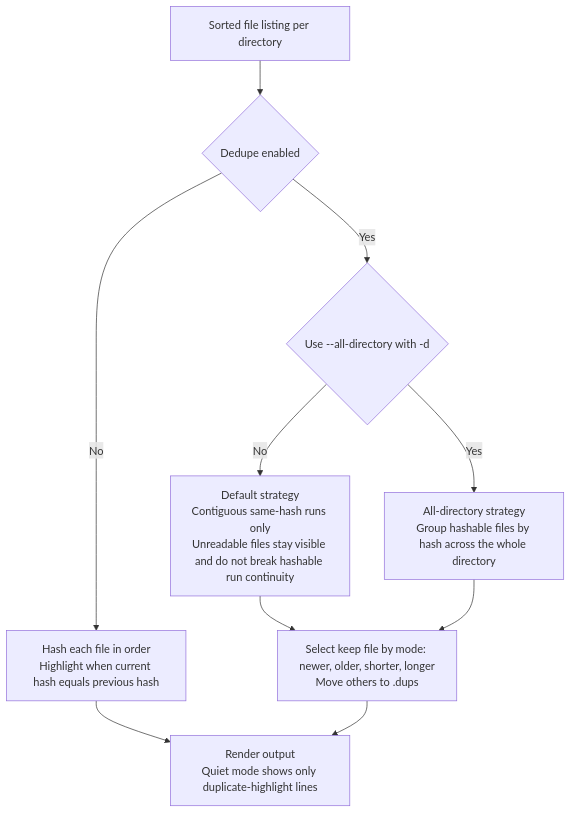
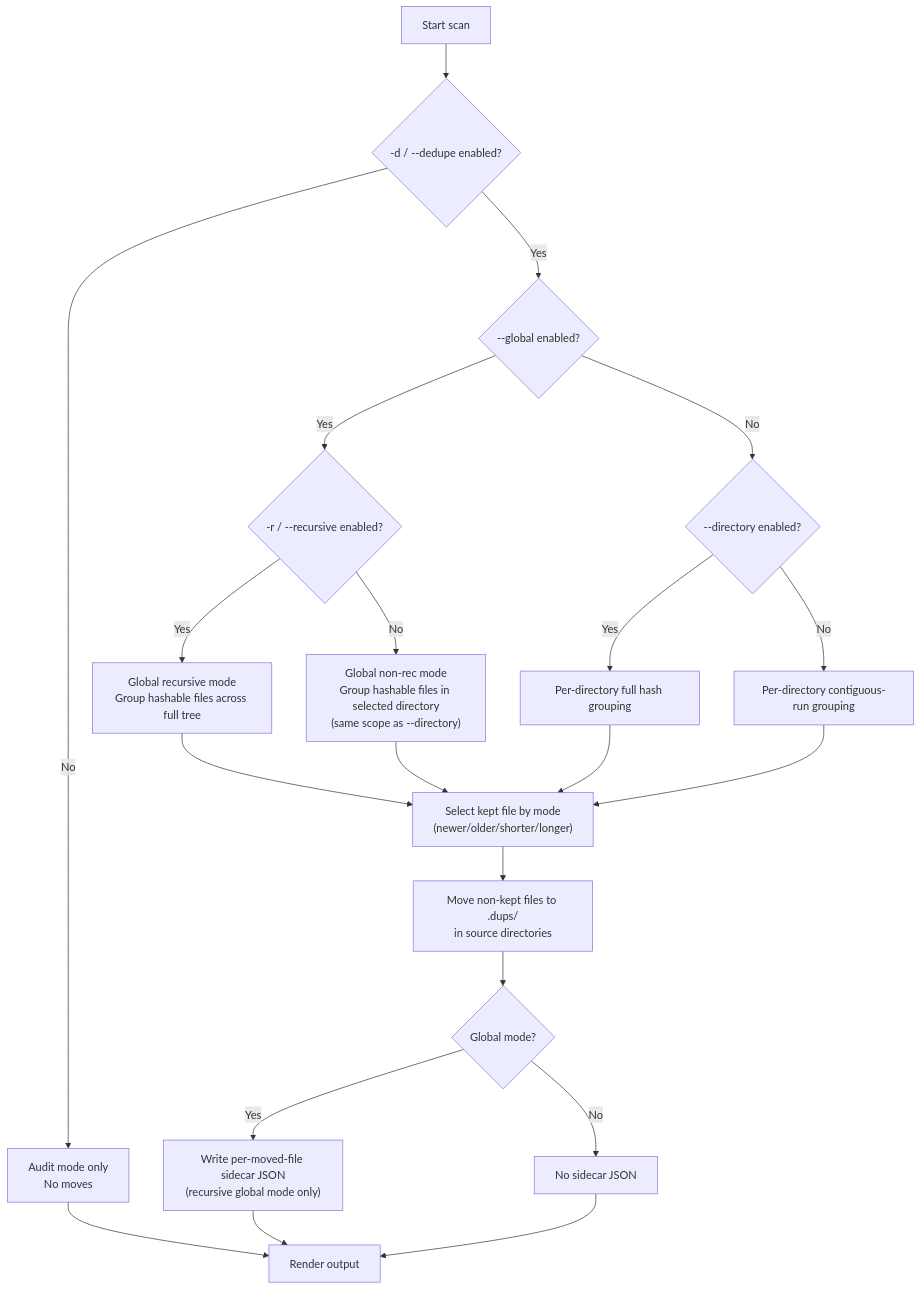
Before and after one commit to ngpepin/lshash: the first of 2 diagrams in README.md, drawn with Mermaid. The commit also changed other lines of this file and 3 other files, not shown here.

First line of the commit message:
feat: add global deduplication option for cross-directory file deduplication

````diff
--- a/README.md
+++ b/README.md
@@ -277,12 +332,23 @@
 ```mermaid
 flowchart TD
-  A["Sorted file listing per directory"] --> B{"Dedupe enabled"}
-  B -- No --> C["Hash each file in order<br/>Highlight when current hash equals previous hash"]
-  B -- Yes --> D{"Use --all-directory with -d"}
-  D -- No --> E["Default strategy<br/>Contiguous same-hash runs only<br/>Unreadable files stay visible and do not break hashable run continuity"]
-  D -- Yes --> F["All-directory strategy<br/>Group hashable files by hash across the whole directory"]
-  E --> G["Select keep file by mode: newer, older, shorter, longer<br/>Move others to .dups"]
-  F --> G
-  C --> H["Render output<br/>Quiet mode shows only duplicate-highlight lines"]
-  G --> H
+  A["Start scan"] --> B{"-d / --dedupe enabled?"}
+  B -- No --> C["Audit mode only<br/>No moves"]
+  B -- Yes --> D{"--global enabled?"}
+  D -- Yes --> E{"-r / --recursive enabled?"}
+  E -- Yes --> F["Global recursive mode<br/>Group hashable files across full tree"]
+  E -- No --> G["Global non-rec mode<br/>Group hashable files in selected directory<br/>(same scope as --directory)"]
+  D -- No --> H{"--directory enabled?"}
+  H -- Yes --> I["Per-directory full hash grouping"]
+  H -- No --> J["Per-directory contiguous-run grouping"]
+  F --> K["Select kept file by mode<br/>(newer/older/shorter/longer)"]
+  G --> K
+  I --> K
+  J --> K
+  K --> L["Move non-kept files to .dups/<br/>in source directories"]
+  L --> M{"Global mode?"}
+  M -- Yes --> N["Write per-moved-file sidecar JSON<br/>(recursive global mode only)"]
+  M -- No --> O["No sidecar JSON"]
+  C --> P["Render output"]
+  N --> P
+  O --> P
 ```
````
